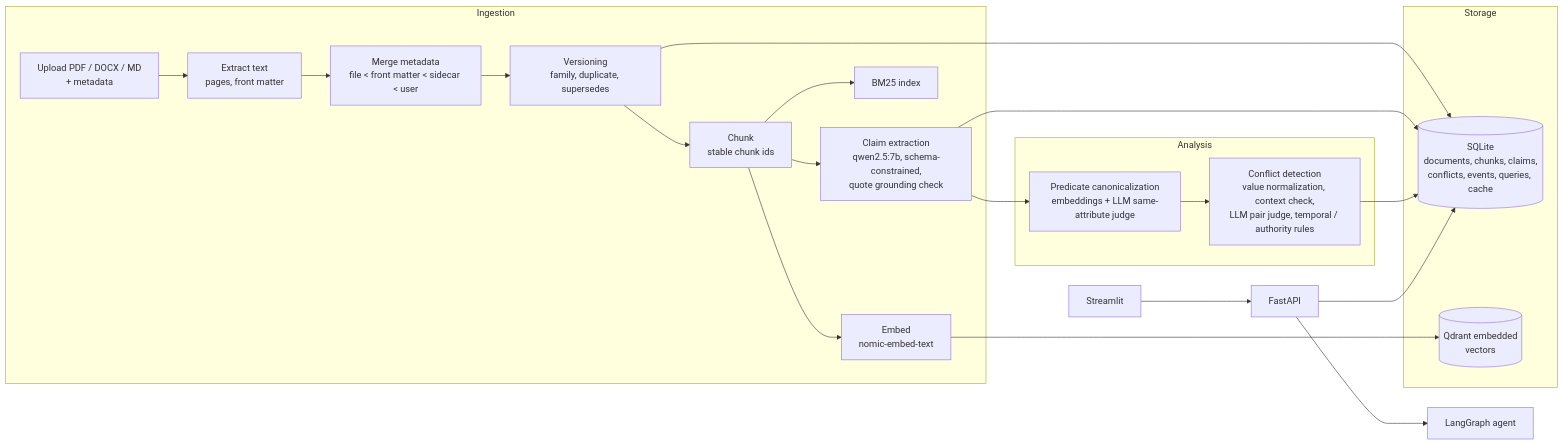
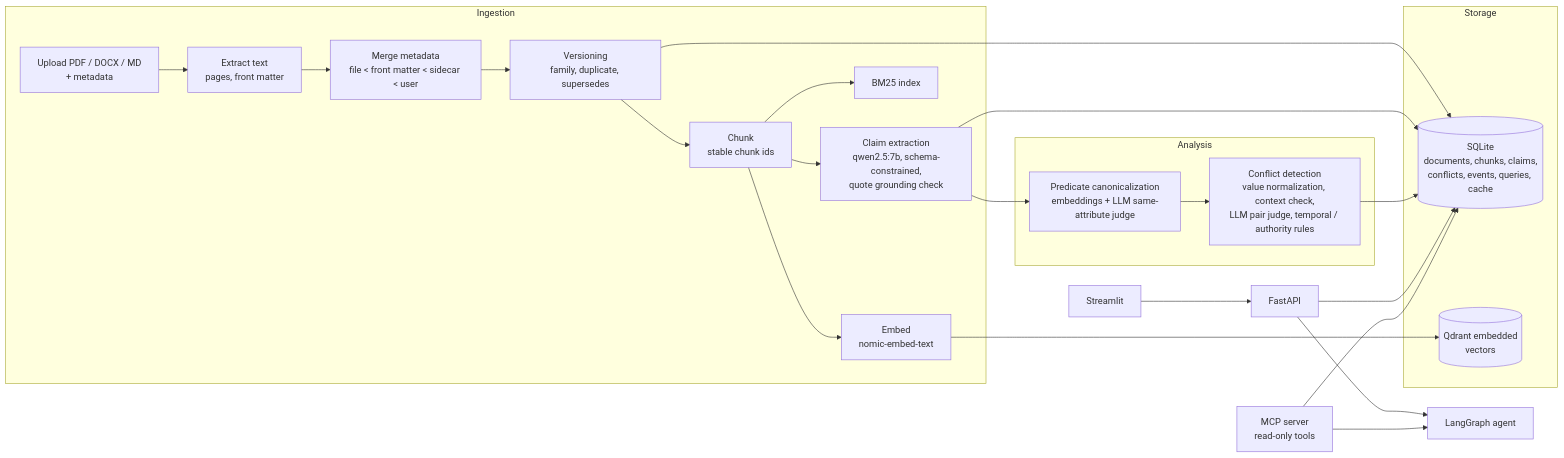
The first of 2 diagrams in docs/architecture.md (nati2126/rag-sentinel), drawn with Mermaid before and after one commit. The commit also changed 10 other files, not shown here.

Commit message:
MCP server with read-only verification tools

````diff
--- a/docs/architecture.md
+++ b/docs/architecture.md
@@ -9,27 +9,29 @@
 ```mermaid
 flowchart LR
     subgraph Ingestion
         U[Upload PDF / DOCX / MD<br/>+ metadata] --> X[Extract text<br/>pages, front matter]
         X --> M[Merge metadata<br/>file < front matter < sidecar < user]
         M --> V[Versioning<br/>family, duplicate, supersedes]
         V --> C[Chunk<br/>stable chunk ids]
         C --> E[Embed<br/>nomic-embed-text]
         C --> B[BM25 index]
         C --> CL[Claim extraction<br/>qwen2.5:7b, schema-constrained,<br/>quote grounding check]
     end
     subgraph Analysis
         CL --> K[Predicate canonicalization<br/>embeddings + LLM same-attribute judge]
         K --> D[Conflict detection<br/>value normalization, context check,<br/>LLM pair judge, temporal / authority rules]
     end
     subgraph Storage
         S[(SQLite<br/>documents, chunks, claims,<br/>conflicts, events, queries, cache)]
         Q[(Qdrant embedded<br/>vectors)]
     end
     E --> Q
     V --> S
     CL --> S
     D --> S
     API[FastAPI] --> S
     API --> AG[LangGraph agent]
     UI[Streamlit] --> API
+    MCP[MCP server<br/>read-only tools] --> AG
+    MCP --> S
 ```
````
